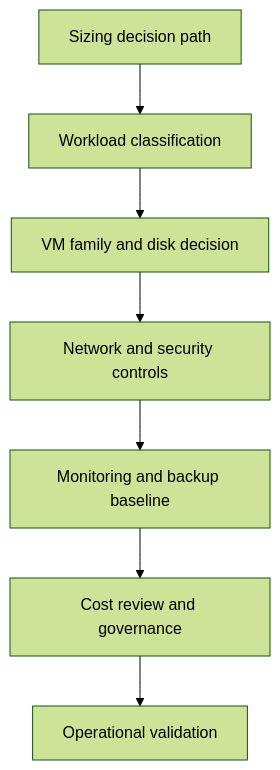
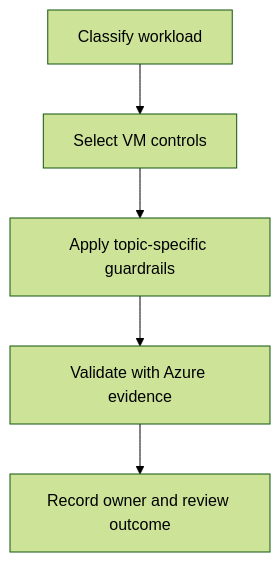
Before and after one commit to yeongseon/azure-virtual-machine-practical-guide: the diagram in docs/best-practices/sizing-and-image-selection.md, drawn with Mermaid (forest theme). The commit also changed other lines of this file and 79 other files, not shown here.

````diff
--- a/docs/best-practices/sizing-and-image-selection.md
+++ b/docs/best-practices/sizing-and-image-selection.md
@@ -39,9 +36,7 @@
 ```mermaid
 flowchart TD
-    A[Sizing decision path] --> B[Workload classification]
-    B --> C[VM family and disk decision]
-    C --> D[Network and security controls]
-    D --> E[Monitoring and backup baseline]
-    E --> F[Cost review and governance]
-    F --> G[Operational validation]
+    A[Classify workload] --> B[Select VM controls]
+    B --> C[Apply topic-specific guardrails]
+    C --> D[Validate with Azure evidence]
+    D --> E[Record owner and review outcome]
 ```
````
